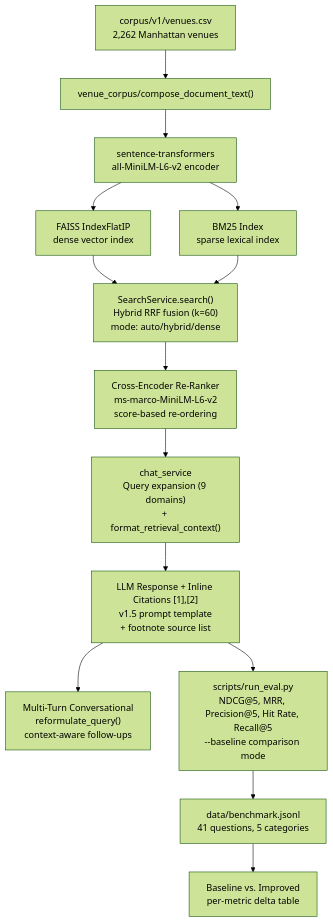
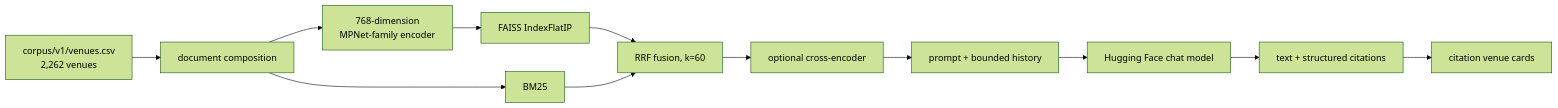
The diagram in docs/README.md (niallgiblin/team-2-COMP47360), drawn with Mermaid (forest theme) before and after one commit. The commit also changed other lines of this file and 70 other files, not shown here.

````diff
--- a/docs/README.md
+++ b/docs/README.md
@@ -32,16 +44,14 @@
 ```mermaid
-flowchart TD
-    A["corpus/v1/venues.csv<br/>2,262 Manhattan venues"] --> B["venue_corpus/compose_document_text()"]
-    B --> C["sentence-transformers<br/>all-MiniLM-L6-v2 encoder"]
-    C --> D["FAISS IndexFlatIP<br/>dense vector index"]
-    C --> D2["BM25 Index<br/>sparse lexical index"]
-    D --> E["SearchService.search()<br/>Hybrid RRF fusion (k=60)<br/>mode: auto/hybrid/dense"]
-    D2 --> E
-    E --> F["Cross-Encoder Re-Ranker<br/>ms-marco-MiniLM-L6-v2<br/>score-based re-ordering"]
-    F --> G["chat_service<br/>Query expansion (9 domains)<br/>+ format_retrieval_context()"]
-    G --> H["LLM Response + Inline Citations [1],[2]<br/>v1.5 prompt template<br/>+ footnote source list"]
-    H --> I["Multi-Turn Conversational<br/>reformulate_query()<br/>context-aware follow-ups"]
-    H --> J["scripts/run_eval.py<br/>NDCG@5, MRR, Precision@5, Hit Rate, Recall@5<br/>--baseline comparison mode"]
-    J --> K["data/benchmark.jsonl<br/>41 questions, 5 categories"]
-    K --> L["Baseline vs. Improved<br/>per-metric delta table"]
+flowchart LR
+    A["corpus/v1/venues.csv<br/>2,262 venues"] --> B["document composition"]
+    B --> C["768-dimension<br/>MPNet-family encoder"]
+    C --> D["FAISS IndexFlatIP"]
+    B --> E["BM25"]
+    D --> F["RRF fusion, k=60"]
+    E --> F
+    F --> G["optional cross-encoder"]
+    G --> H["prompt + bounded history"]
+    H --> I["Hugging Face chat model"]
+    I --> J["text + structured citations"]
+    J --> K["citation venue cards"]
 ```
````
